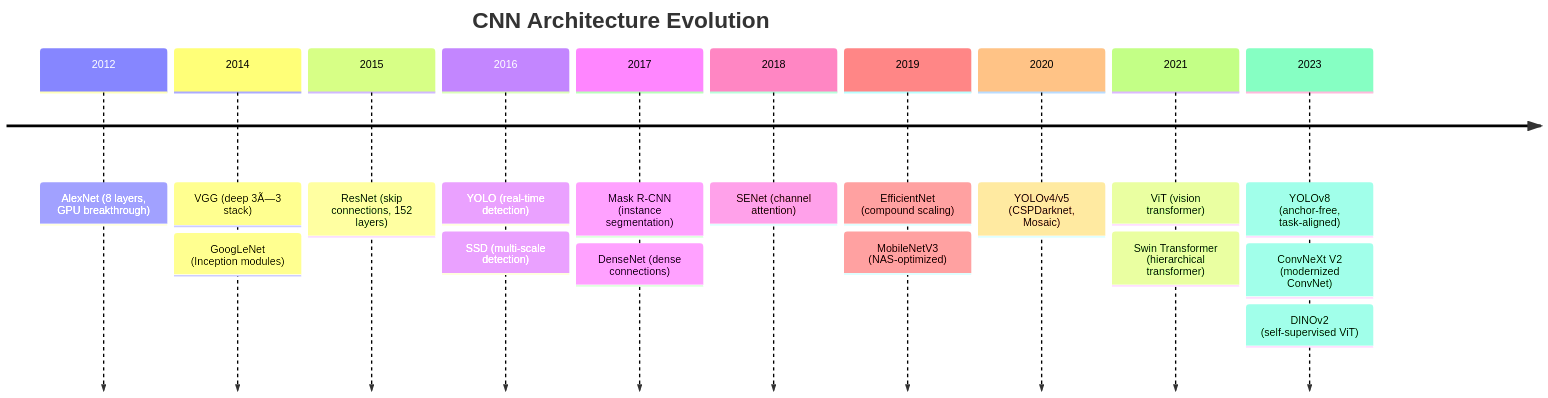
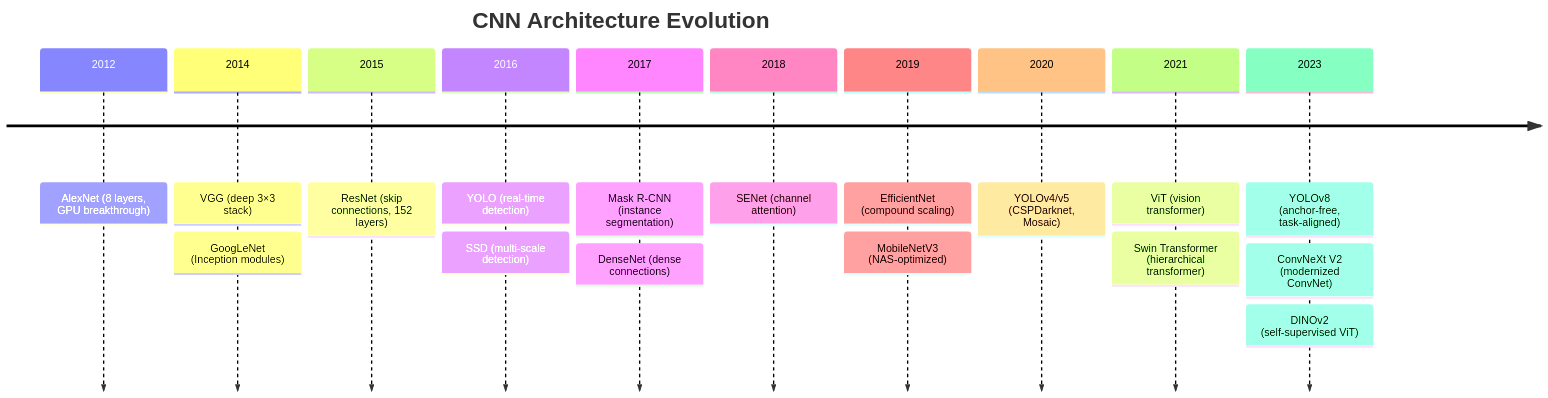
Before and after one commit to Raushan666java/ai-engineering-journey: the second of 2 diagrams in site/docs/courses/artificial-intelligence/13-computer-vision.md, drawn with Mermaid. The commit also changed other lines of this file and 495 other files, not shown here.

````diff
--- a/site/docs/courses/artificial-intelligence/13-computer-vision.md
+++ b/site/docs/courses/artificial-intelligence/13-computer-vision.md
@@ -1443,21 +1443,21 @@
 ```mermaid
 timeline
     title CNN Architecture Evolution
     2012 : AlexNet (8 layers, GPU breakthrough)
-    2014 : VGG (deep 3Ã—3 stack)
+    2014 : VGG (deep 3×3 stack)
          : GoogLeNet (Inception modules)
     2015 : ResNet (skip connections, 152 layers)
     2016 : YOLO (real-time detection)
          : SSD (multi-scale detection)
     2017 : Mask R-CNN (instance segmentation)
          : DenseNet (dense connections)
     2018 : SENet (channel attention)
     2019 : EfficientNet (compound scaling)
          : MobileNetV3 (NAS-optimized)
     2020 : YOLOv4/v5 (CSPDarknet, Mosaic)
     2021 : ViT (vision transformer)
          : Swin Transformer (hierarchical transformer)
     2023 : YOLOv8 (anchor-free, task-aligned)
          : ConvNeXt V2 (modernized ConvNet)
          : DINOv2 (self-supervised ViT)
 ```
````
